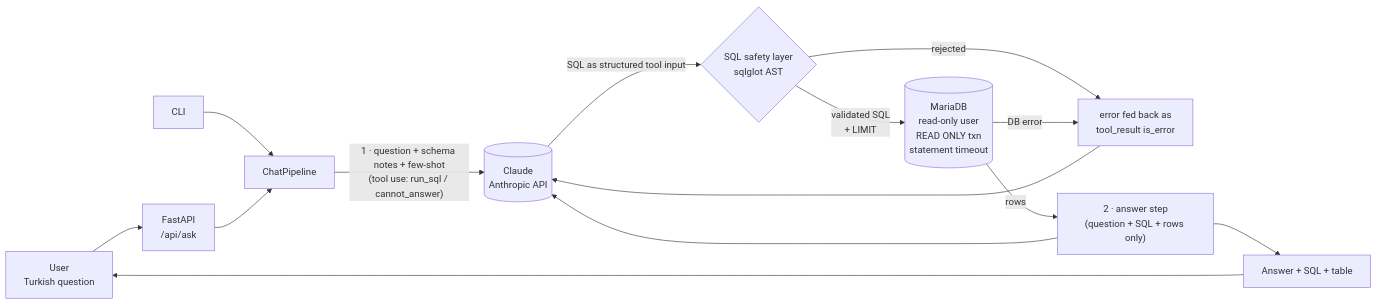
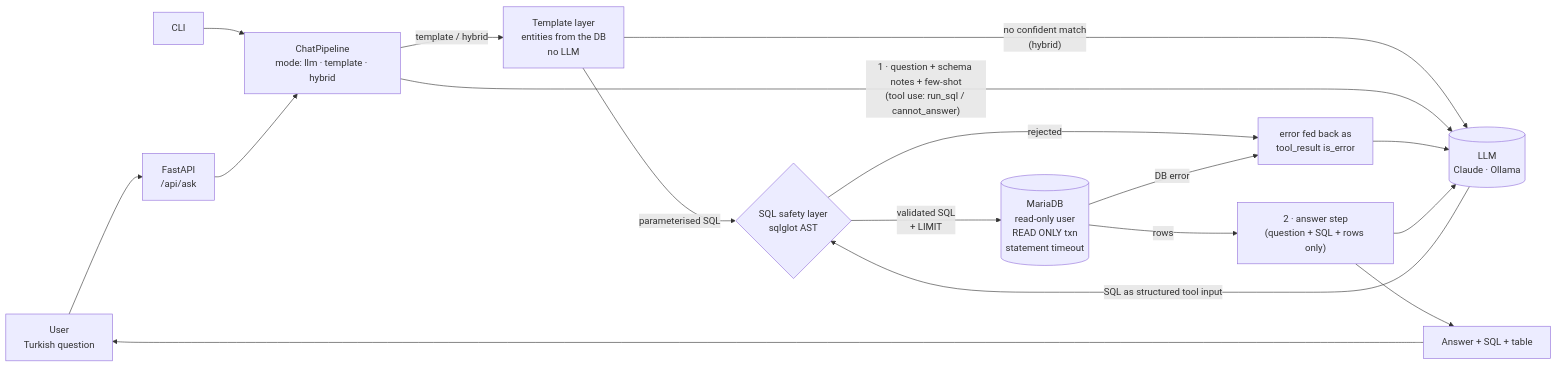
One commit to hamiKumbasae/turkiye-secim-haritasi changed the diagram in chatbot/README.md. Above: the diagram before and after it, drawn with Mermaid. The commit also changed other lines of this file and 30 other files, not shown here.

````diff
--- a/chatbot/README.md
+++ b/chatbot/README.md
@@ -38,15 +38,18 @@
 ```mermaid
 flowchart LR
     U[User<br/>Turkish question] --> W[FastAPI<br/>/api/ask]
     C[CLI] --> P
-    W --> P[ChatPipeline]
-    P -- "1 · question + schema notes + few-shot<br/>(tool use: run_sql / cannot_answer)" --> L[(Claude<br/>Anthropic API)]
+    W --> P[ChatPipeline<br/>mode: llm · template · hybrid]
+    P -- "template / hybrid" --> T[Template layer<br/>entities from the DB<br/>no LLM]
+    T -- "parameterised SQL" --> S
+    T -- "no confident match<br/>(hybrid)" --> L
+    P -- "1 · question + schema notes + few-shot<br/>(tool use: run_sql / cannot_answer)" --> L[(LLM<br/>Claude · Ollama)]
     L -- "SQL as structured tool input" --> S{SQL safety layer<br/>sqlglot AST}
     S -- rejected --> R[error fed back as<br/>tool_result is_error] --> L
     S -- "validated SQL<br/>+ LIMIT" --> D[(MariaDB<br/>read-only user<br/>READ ONLY txn<br/>statement timeout)]
     D -- DB error --> R
     D -- rows --> A["2 · answer step<br/>(question + SQL + rows only)"]
     A --> L
     A --> O[Answer + SQL + table]
     O --> U
 ```
````
